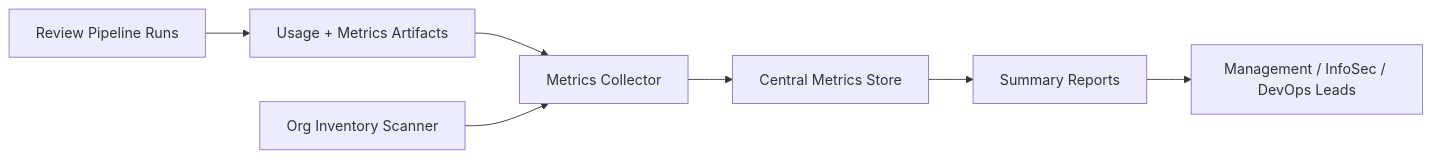
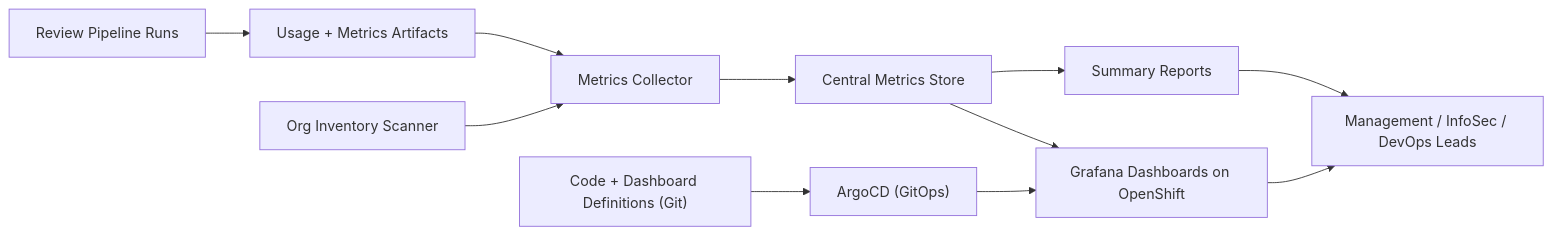
One commit to stewartburton/stewartburton.github.io changed the diagram in site/src/content/work/pr-review-management-reporting.md. Above: the diagram before and after it, drawn with Mermaid. The commit also changed other lines of this file, not shown here.

First line of the commit message:
Describe the Grafana on OpenShift GitOps delivery in the reporting case study

````diff
--- a/site/src/content/work/pr-review-management-reporting.md
+++ b/site/src/content/work/pr-review-management-reporting.md
@@ -24,9 +24,12 @@
 ```mermaid
 flowchart LR
     Runs["Review Pipeline Runs"] --> Artifacts["Usage + Metrics Artifacts"]
     Artifacts --> Collector["Metrics Collector"]
     Inventory["Org Inventory Scanner"] --> Collector
     Collector --> Store["Central Metrics Store"]
     Store --> Reports["Summary Reports"]
+    Store --> Grafana["Grafana Dashboards on OpenShift"]
+    Git["Code + Dashboard Definitions (Git)"] --> ArgoCD["ArgoCD (GitOps)"] --> Grafana
     Reports --> Leaders["Management / InfoSec / DevOps Leads"]
+    Grafana --> Leaders
 ```
````
